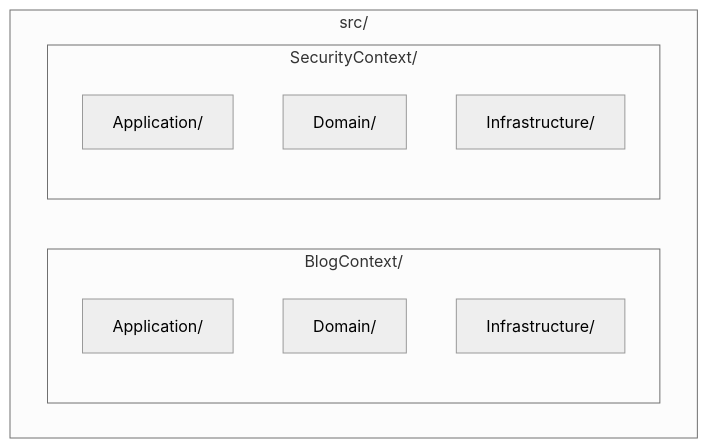
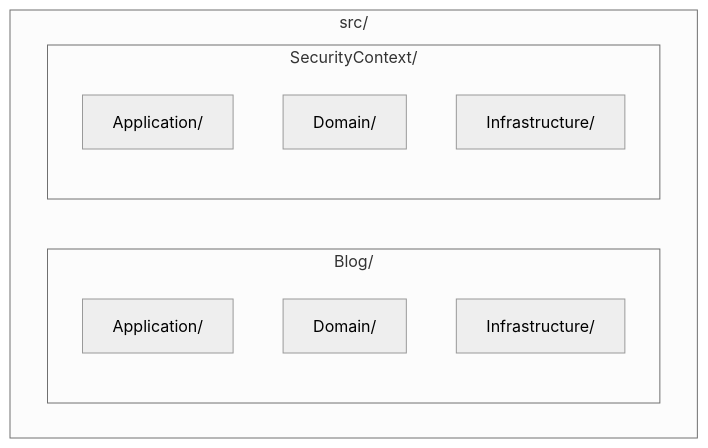
One commit to pocky/vibe-php changed the fourth of 5 diagrams in docs/reference/development/workflows/mermaid-diagrams-guide.md. Above: the diagram before and after it, drawn with Mermaid (neutral theme). The commit also changed 853 other files, not shown here.

````diff
--- a/docs/reference/development/workflows/mermaid-diagrams-guide.md
+++ b/docs/reference/development/workflows/mermaid-diagrams-guide.md
@@ -55,16 +55,16 @@
 ```mermaid
 graph TB
     subgraph "src/"
-        subgraph "BlogContext/"
+        subgraph "Blog/"
             BA[Application/]
             BD[Domain/]
             BI[Infrastructure/]
         end
         
         subgraph "SecurityContext/"
             SA[Application/]
             SD[Domain/]
             SI[Infrastructure/]
         end
     end
 ```
````
